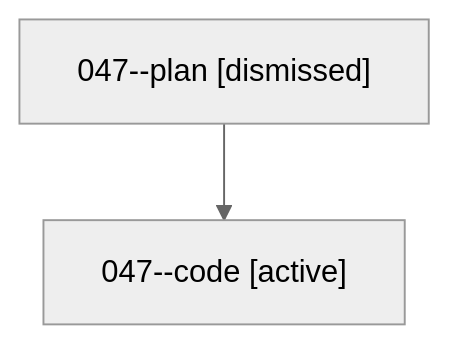
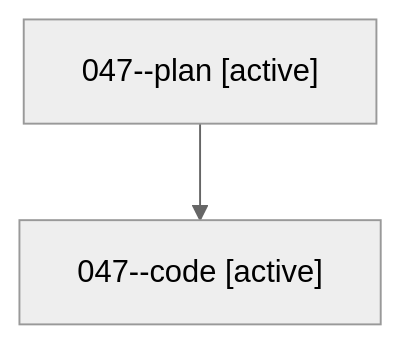
Before and after one commit to sase-org/sase--agents: the diagram in families/bbugyi200.athena.047.md, drawn with Mermaid (neutral theme). The commit also changed other lines of this file and 35830 other files, not shown here.

````diff
--- a/families/bbugyi200.athena.047.md
+++ b/families/bbugyi200.athena.047.md
@@ -9,6 +9,6 @@
 ```mermaid
 flowchart TD
-  n0["047--plan [dismissed]"]
+  n0["047--plan [active]"]
   n1["047--code [active]"]
   n0 --> n1
 ```
````
